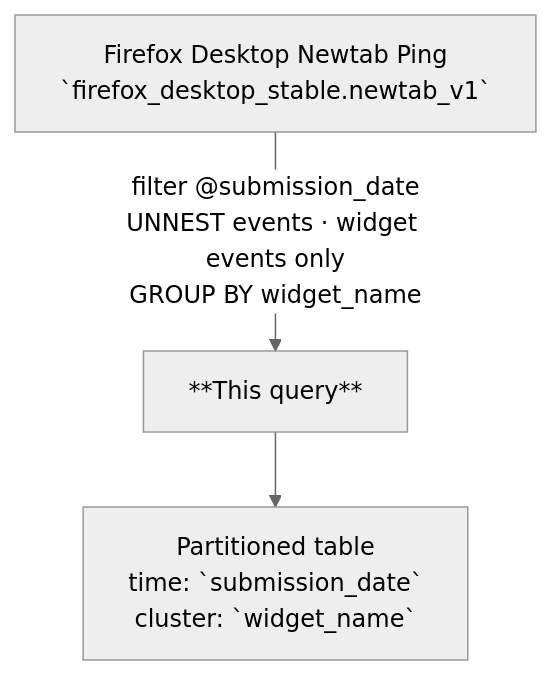
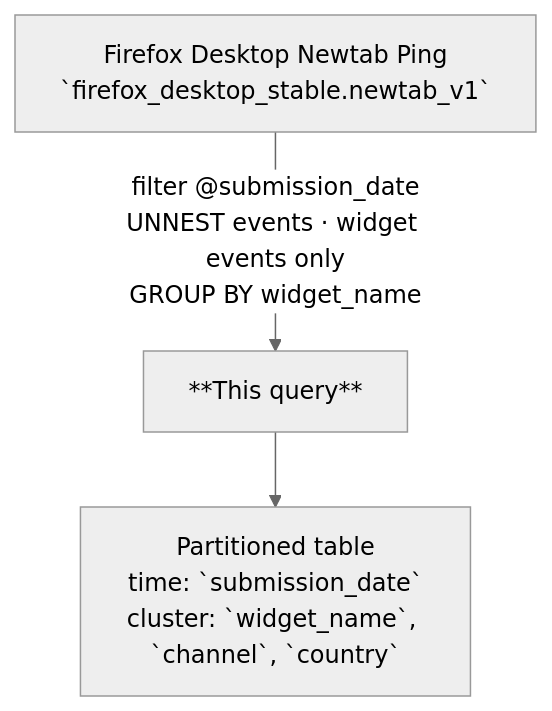
One commit to mozilla/bigquery-etl changed the diagram in sql/moz-fx-data-shared-prod/firefox_desktop_derived/newtab_widgets_daily_v1/README.md. Above: the diagram before and after it, drawn with Mermaid (neutral theme). The commit also changed other lines of this file and 4 other files, not shown here.

Commit message:
DENG-11155 - Newtab Widget aggregation table Update

````diff
--- a/sql/moz-fx-data-shared-prod/firefox_desktop_derived/newtab_widgets_daily_v1/README.md
+++ b/sql/moz-fx-data-shared-prod/firefox_desktop_derived/newtab_widgets_daily_v1/README.md
@@ -28,5 +28,5 @@
 ```mermaid
 flowchart TD
   A[Firefox Desktop Newtab Ping<br/>`firefox_desktop_stable.newtab_v1`] -->|filter @submission_date<br/>UNNEST events · widget events only<br/>GROUP BY widget_name| B[**This query**]
-  B --> C[Partitioned table<br/>time: `submission_date`<br/>cluster: `widget_name`]
+  B --> C[Partitioned table<br/>time: `submission_date`<br/>cluster: `widget_name`, `channel`, `country`]
 ```
````
